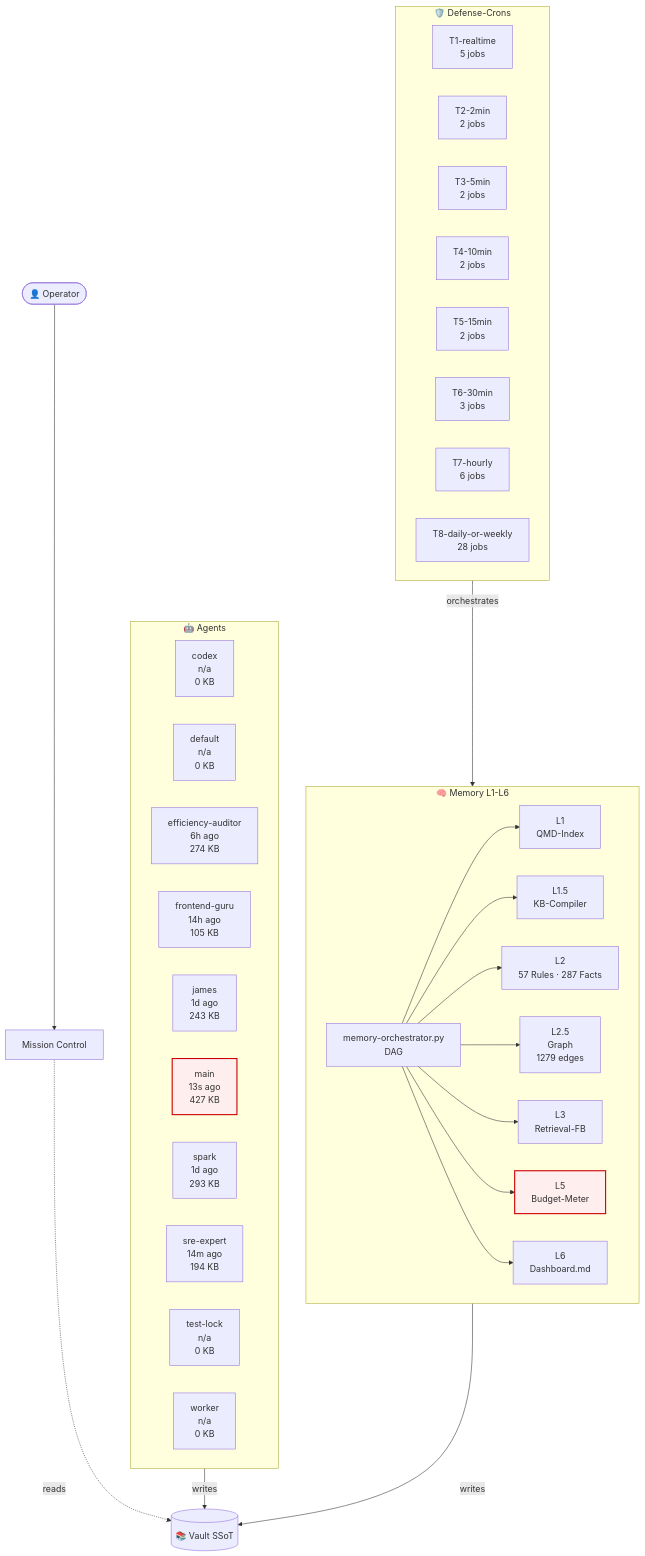
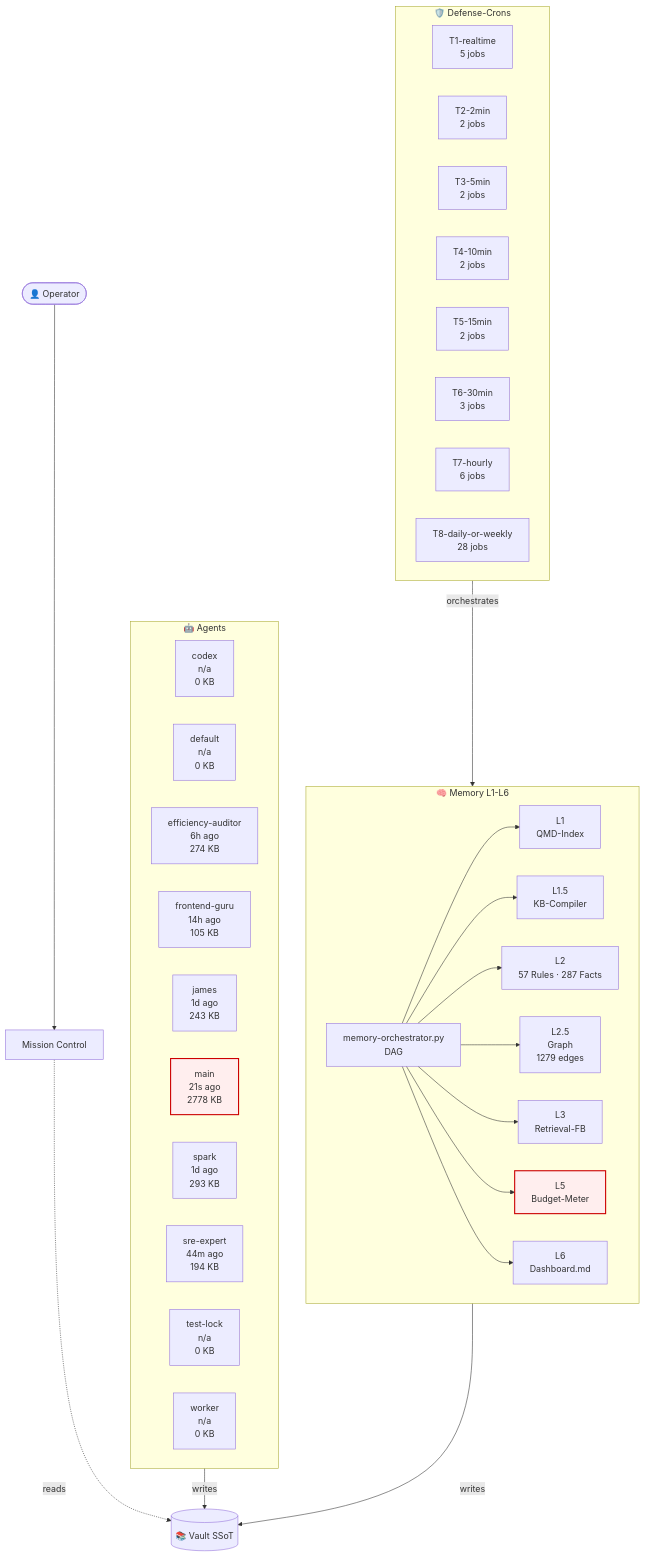
The diagram in 03-Agents/architecture-live.md (lenardhuebner88-rgb/openclaw-memory), drawn with Mermaid before and after one commit. The commit also changed other lines of this file and 15 other files, not shown here.

````diff
--- a/03-Agents/architecture-live.md
+++ b/03-Agents/architecture-live.md
@@ -18,53 +18,53 @@
 ```mermaid
 flowchart TB
     classDef critical fill:#fee,stroke:#c00,stroke-width:2px;
     subgraph AGT["🤖 Agents"]
         agent_codex["codex<br/>n/a<br/>0 KB"]
         agent_default["default<br/>n/a<br/>0 KB"]
         agent_efficiency_auditor["efficiency-auditor<br/>6h ago<br/>274 KB"]
         agent_frontend_guru["frontend-guru<br/>14h ago<br/>105 KB"]
         agent_james["james<br/>1d ago<br/>243 KB"]
-        agent_main["main<br/>13s ago<br/>427 KB"]
+        agent_main["main<br/>21s ago<br/>2778 KB"]
         agent_spark["spark<br/>1d ago<br/>293 KB"]
-        agent_sre_expert["sre-expert<br/>14m ago<br/>194 KB"]
+        agent_sre_expert["sre-expert<br/>44m ago<br/>194 KB"]
         agent_test_lock["test-lock<br/>n/a<br/>0 KB"]
         agent_worker["worker<br/>n/a<br/>0 KB"]
     end
     subgraph MEM["🧠 Memory L1-L6"]
         L1["L1<br/>QMD-Index"]
         L15["L1.5<br/>KB-Compiler"]
         L2["L2<br/>57 Rules · 287 Facts"]
         L25["L2.5<br/>Graph<br/>1279 edges"]
         L3["L3<br/>Retrieval-FB"]
         L5["L5<br/>Budget-Meter"]
         L6["L6<br/>Dashboard.md"]
         ORCH["memory-orchestrator.py<br/>DAG"]
     end
     subgraph CRN["🛡️ Defense-Crons"]
         tier_T1_realtime["T1-realtime<br/>5 jobs"]
         tier_T2_2min["T2-2min<br/>2 jobs"]
         tier_T3_5min["T3-5min<br/>2 jobs"]
         tier_T4_10min["T4-10min<br/>2 jobs"]
         tier_T5_15min["T5-15min<br/>2 jobs"]
         tier_T6_30min["T6-30min<br/>3 jobs"]
         tier_T7_hourly["T7-hourly<br/>6 jobs"]
         tier_T8_daily_or_weekly["T8-daily-or-weekly<br/>28 jobs"]
     end
     VAULT[("📚 Vault SSoT")]
     OP([👤 Operator])
     MC["Mission Control"]
     OP --> MC
     MC -.reads.-> VAULT
     AGT -->|writes| VAULT
     MEM -->|writes| VAULT
     ORCH --> L1
     ORCH --> L15
     ORCH --> L2
     ORCH --> L25
     ORCH --> L3
     ORCH --> L5
     ORCH --> L6
     CRN -->|orchestrates| MEM
     class L5 critical
     class agent_main critical
 ```
````
